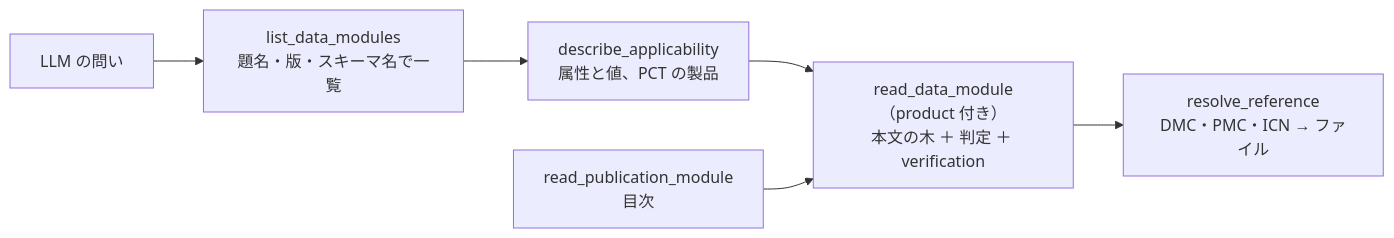
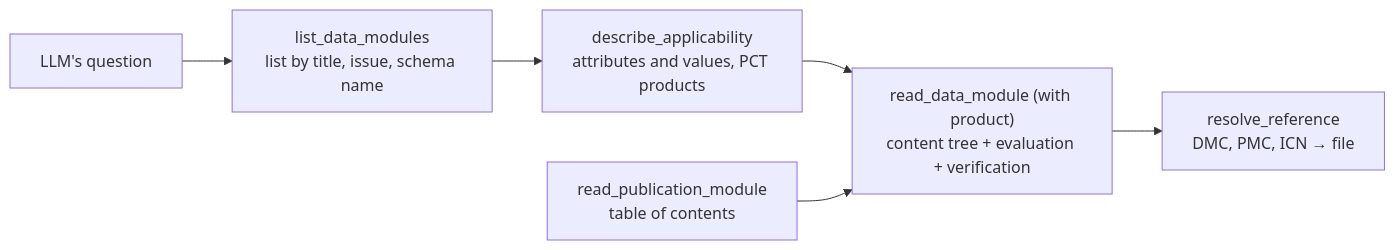
Before and after one commit to shuji-bonji/s1000d-stack: the second of 2 diagrams in site/src/content/docs/mcp/reader-mcp.md, drawn with Mermaid. The commit also changed other lines of this file and 35 other files, not shown here.

````diff
--- a/site/src/content/docs/mcp/reader-mcp.md
+++ b/site/src/content/docs/mcp/reader-mcp.md
@@ -67,8 +67,8 @@
 ```mermaid
 flowchart LR
-  Q["LLM の問い"] --> L["list_data_modules<br/>題名・版・スキーマ名で一覧"]
-  L --> DA["describe_applicability<br/>属性と値、PCT の製品"]
-  DA --> RD["read_data_module（product 付き）<br/>本文の木 ＋ 判定 ＋ verification"]
-  RD --> RR["resolve_reference<br/>DMC・PMC・ICN → ファイル"]
-  PM["read_publication_module<br/>目次"] --> RD
+  Q["LLM's question"] --> L["list_data_modules<br/>list by title, issue, schema name"]
+  L --> DA["describe_applicability<br/>attributes and values, PCT products"]
+  DA --> RD["read_data_module (with product)<br/>content tree + evaluation + verification"]
+  RD --> RR["resolve_reference<br/>DMC, PMC, ICN → file"]
+  PM["read_publication_module<br/>table of contents"] --> RD
 ```
````
